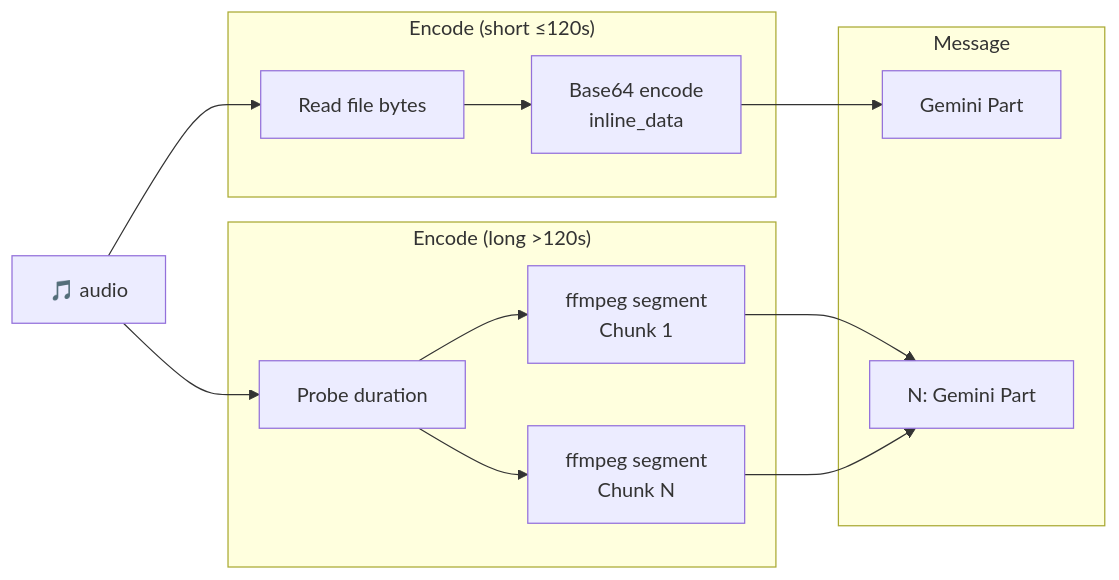
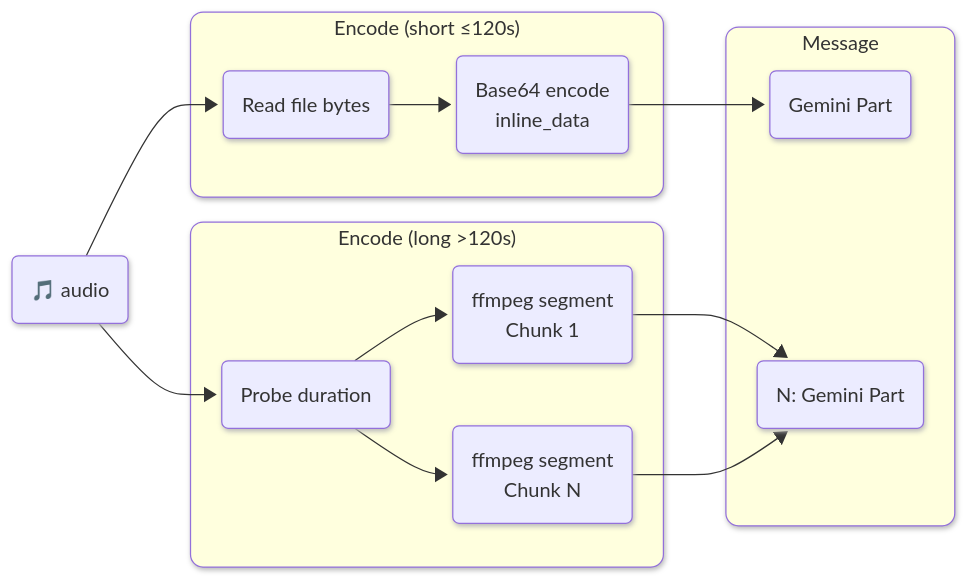
One commit to vlm-run/mm changed diagram 12 of 17 in docs/ENCODERS.md. Above: the diagram before and after it, drawn with Mermaid. The commit also changed other lines of this file and 1 other file, not shown here.

````diff
--- a/docs/ENCODERS.md
+++ b/docs/ENCODERS.md
@@ -292,25 +325,29 @@
 ```mermaid
+%%{init: {'look': 'neo'} }%%
 graph LR
-  audio["🎵 audio"]
+  audio("🎵 audio")
 
   subgraph encode ["Encode (short ≤120s)"]
-    read["Read file bytes"]
-    b64["Base64 encode\ninline_data"]
+    read("Read file bytes")
+    b64("Base64 encode\ninline_data")
   end
 
   subgraph encode2 ["Encode (long >120s)"]
-    probe["Probe duration"]
-    c1["ffmpeg segment\nChunk 1"]
-    c2["ffmpeg segment\nChunk N"]
+    probe("Probe duration")
+    c1("ffmpeg segment\nChunk 1")
+    c2("ffmpeg segment\nChunk N")
   end
 
   subgraph message ["Message"]
-    msg1["Gemini Part"]
-    msgN["N: Gemini Part"]
+    msg1("Gemini Part")
+    msgN("N: Gemini Part")
   end
 
   audio --> read --> b64 --> msg1
   audio --> probe
   probe --> c1 --> msgN
   probe --> c2 --> msgN
+  style encode rx:10px,ry:10px
+  style encode2 rx:10px,ry:10px
+  style message rx:10px,ry:10px
 ```
````
